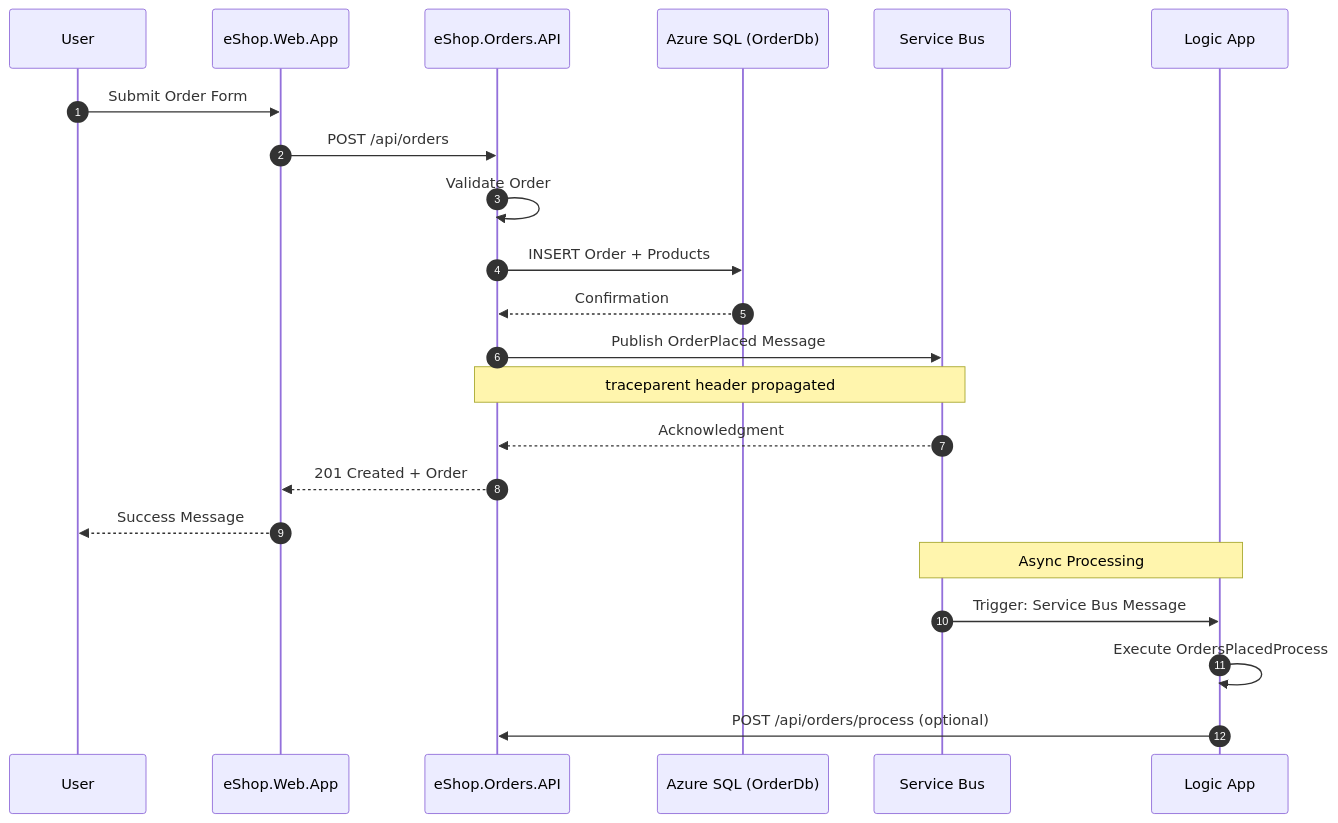
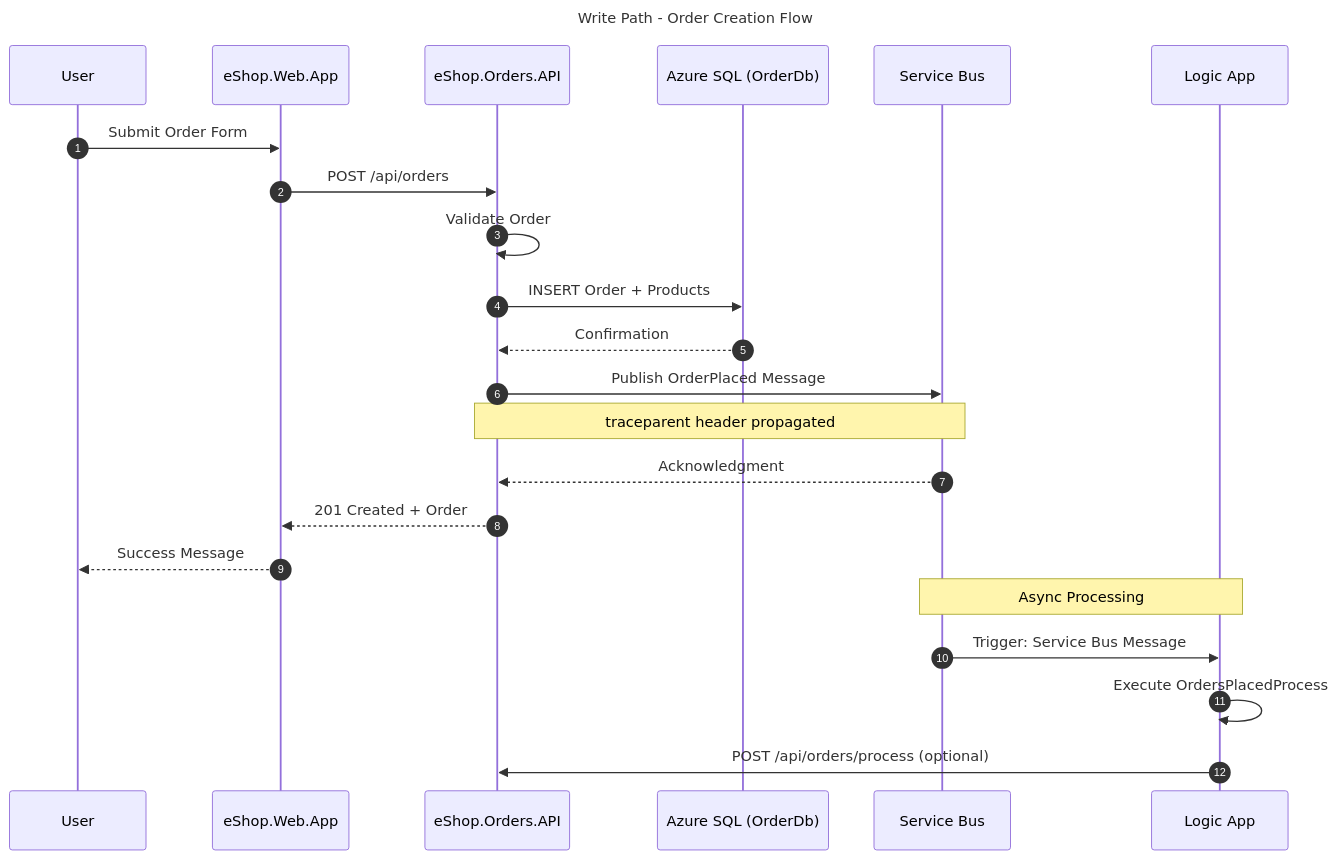
The second of 9 diagrams in docs/architecture/02-data-architecture.md (Evilazaro/Azure-LogicApps-Monitoring), drawn with Mermaid before and after one commit. The commit also changed other lines of this file, not shown here.

Commit message:
docs: Add titles and enhance styling for mermaid diagrams in data architecture documentation for improved clarity and organization

````diff
--- a/docs/architecture/02-data-architecture.md
+++ b/docs/architecture/02-data-architecture.md
@@ -130,26 +145,34 @@
 ```mermaid
+---
+title: Write Path - Order Creation Flow
+---
 sequenceDiagram
     autonumber
+    %% ===== PARTICIPANTS =====
     participant User as User
     participant Web as eShop.Web.App
     participant API as eShop.Orders.API
     participant DB as Azure SQL (OrderDb)
     participant SB as Service Bus
     participant LA as Logic App
 
+    %% ===== ORDER SUBMISSION =====
     User->>Web: Submit Order Form
     Web->>API: POST /api/orders
     API->>API: Validate Order
     API->>DB: INSERT Order + Products
     DB-->>API: Confirmation
+    
+    %% ===== EVENT PUBLISHING =====
     API->>SB: Publish OrderPlaced Message
     Note over API,SB: traceparent header propagated
     SB-->>API: Acknowledgment
     API-->>Web: 201 Created + Order
     Web-->>User: Success Message
 
+    %% ===== ASYNC PROCESSING =====
     Note over SB,LA: Async Processing
     SB->>LA: Trigger: Service Bus Message
     LA->>LA: Execute OrdersPlacedProcess
     LA->>API: POST /api/orders/process (optional)
 ```
````
